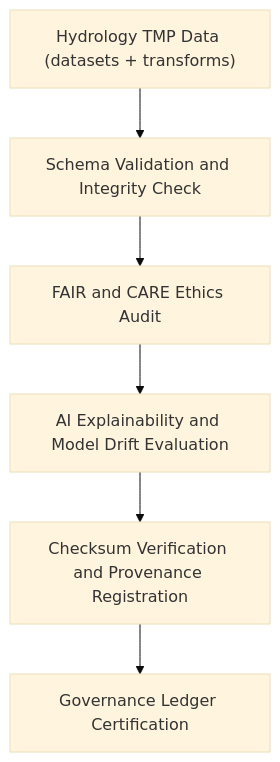
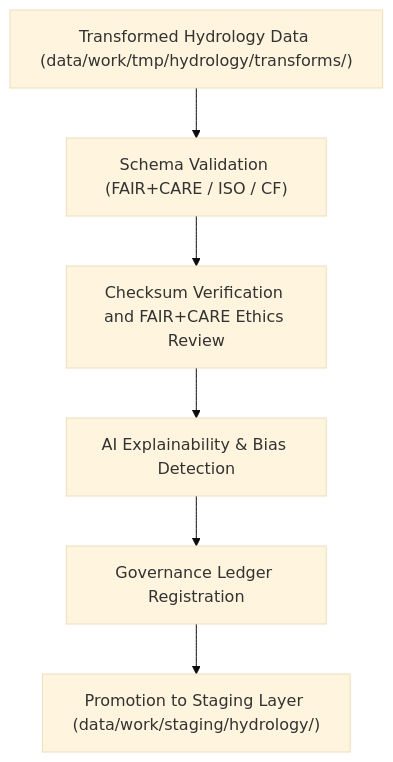
Before and after one commit to bartytime4life/Kansas-Frontier-Matrix: the diagram in data/work/tmp/hydrology/validation/README.md, drawn with Mermaid (base theme). The commit also changed other lines of this file, not shown here.

Commit message:
Update README for Hydrology TMP Validation Layer

````diff
--- a/data/work/tmp/hydrology/validation/README.md
+++ b/data/work/tmp/hydrology/validation/README.md
@@ -69,8 +65,8 @@
 ```mermaid
 flowchart TD
-    A["Hydrology TMP Data (datasets + transforms)"] --> B["Schema Validation and Integrity Check"]
-    B --> C["FAIR and CARE Ethics Audit"]
-    C --> D["AI Explainability and Model Drift Evaluation"]
-    D --> E["Checksum Verification and Provenance Registration"]
-    E --> F["Governance Ledger Certification"]
+    A["Transformed Hydrology Data (data/work/tmp/hydrology/transforms/)"] --> B["Schema Validation (FAIR+CARE / ISO / CF)"]
+    B --> C["Checksum Verification and FAIR+CARE Ethics Review"]
+    C --> D["AI Explainability & Bias Detection"]
+    D --> E["Governance Ledger Registration"]
+    E --> F["Promotion to Staging Layer (data/work/staging/hydrology/)"]
 ```
````
